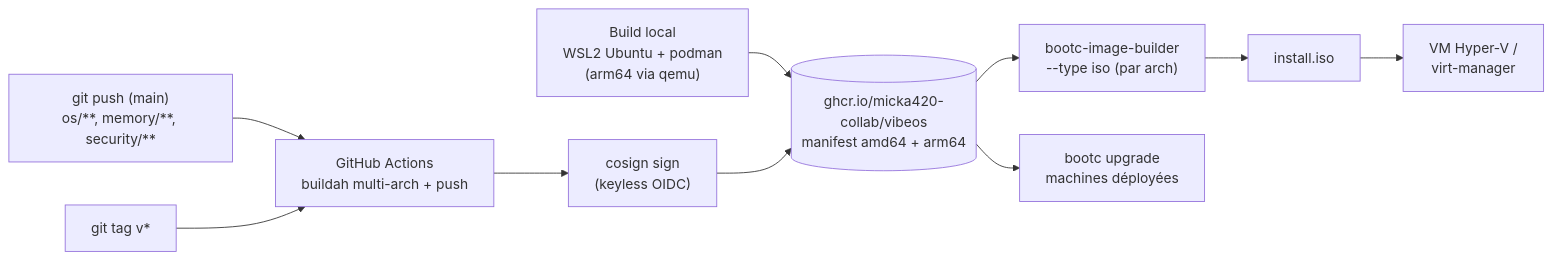
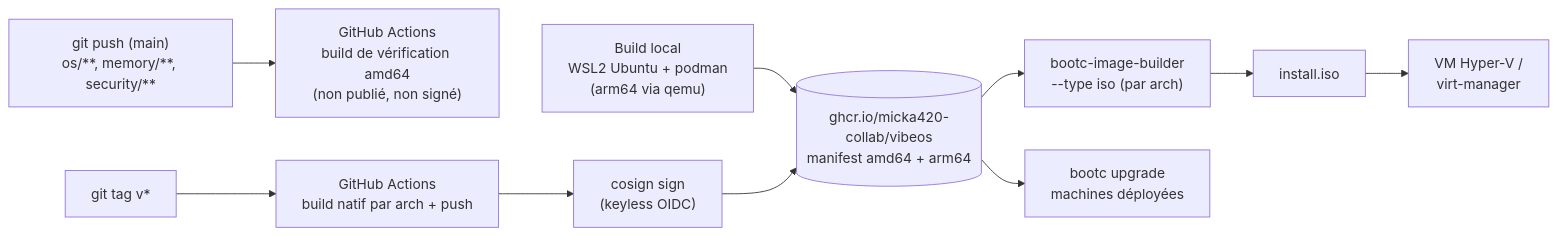
One commit to Micka420-collab/vibeos changed the diagram in docs/BUILD.md. Above: the diagram before and after it, drawn with Mermaid. The commit also changed other lines of this file and 25 other files, not shown here.

````diff
--- a/docs/BUILD.md
+++ b/docs/BUILD.md
@@ -8,12 +8,12 @@
 ```mermaid
 flowchart LR
-    dev["git push (main)<br/>os/**, memory/**, security/**"] --> gha["GitHub Actions<br/>buildah multi-arch + push"]
-    tag["git tag v*"] --> gha
+    dev["git push (main)<br/>os/**, memory/**, security/**"] --> check["GitHub Actions<br/>build de vérification amd64<br/>(non publié, non signé)"]
+    tag["git tag v*"] --> gha["GitHub Actions<br/>build natif par arch + push"]
     local["Build local<br/>WSL2 Ubuntu + podman<br/>(arm64 via qemu)"] --> ghcr
     gha --> sign["cosign sign<br/>(keyless OIDC)"]
     sign --> ghcr[("ghcr.io/micka420-collab/vibeos<br/>manifest amd64 + arm64")]
     ghcr --> bib["bootc-image-builder<br/>--type iso (par arch)"]
     bib --> iso["install.iso"]
     iso --> vm["VM Hyper-V /<br/>virt-manager"]
     ghcr --> upg["bootc upgrade<br/>machines déployées"]
 ```
````
